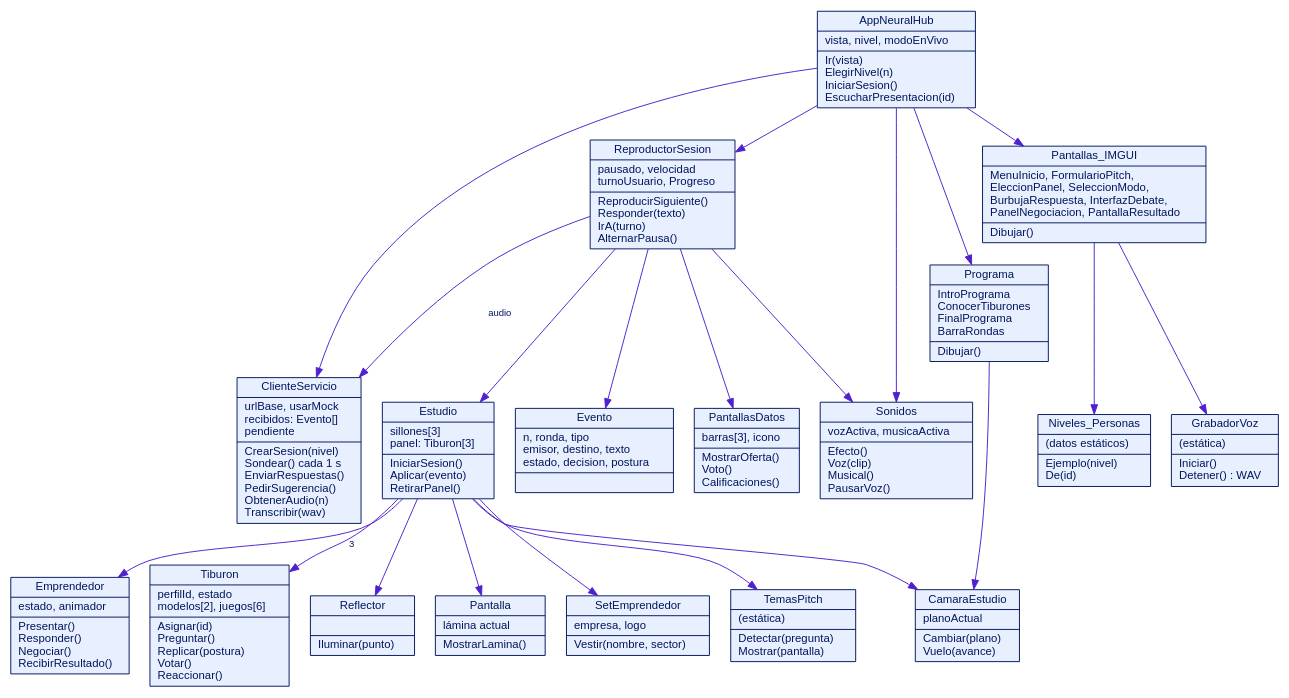
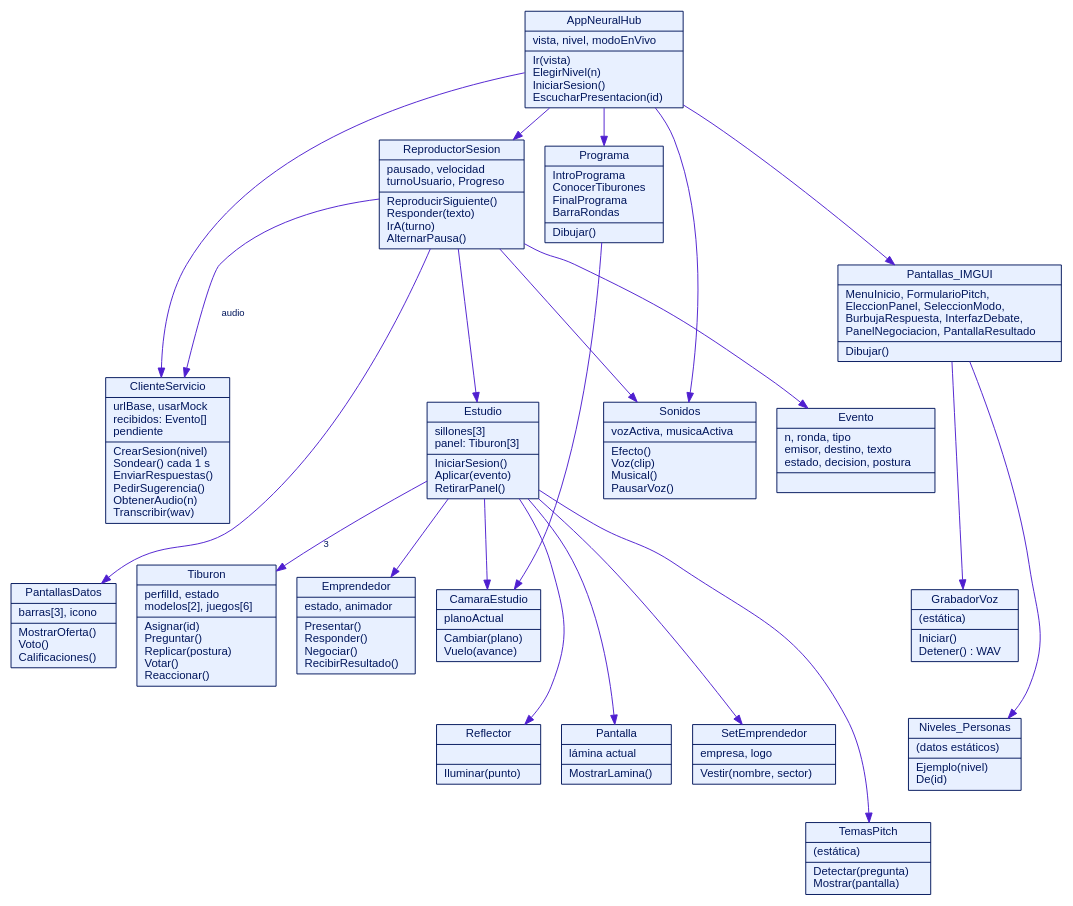
Before and after one commit to albertolopezb/NeuralHub: the diagram in docs/figuras/f05b_clases_unity.dot, drawn with Graphviz. The commit also changed 23 other files, not shown here.

```diff
--- a/docs/figuras/f05b_clases_unity.dot
+++ b/docs/figuras/f05b_clases_unity.dot
@@ -1,24 +1,25 @@
 digraph G{ bgcolor=white; fontname="Helvetica"; node[fontname="Helvetica",fontsize=12,color="#00165C",fontcolor="#00165C",shape=record,style=filled]; edge[fontname="Helvetica",fontsize=10,color="#4F1FD0",fontcolor="#00165C"]; rankdir=TB; nodesep=.3; ranksep=.45;
 AppNeuralHub[fillcolor="#E8F0FF",label="{AppNeuralHub|vista, nivel, modoEnVivo\l|Ir(vista)\lElegirNivel(n)\lIniciarSesion()\lEscucharPresentacion(id)\l}"];
 ClienteServicio[fillcolor="#E8F0FF",label="{ClienteServicio|urlBase, usarMock\lrecibidos: Evento[]\lpendiente\l|CrearSesion(nivel)\lSondear() cada 1 s\lEnviarRespuestas()\lPedirSugerencia()\lObtenerAudio(n)\lTranscribir(wav)\l}"];
 ReproductorSesion[fillcolor="#E8F0FF",label="{ReproductorSesion|pausado, velocidad\lturnoUsuario, Progreso\l|ReproducirSiguiente()\lResponder(texto)\lIrA(turno)\lAlternarPausa()\l}"];
 Estudio[fillcolor="#E8F0FF",label="{Estudio|sillones[3]\lpanel: Tiburon[3]\l|IniciarSesion()\lAplicar(evento)\lRetirarPanel()\l}"];
 Tiburon[fillcolor="#E8F0FF",label="{Tiburon|perfilId, estado\lmodelos[2], juegos[6]\l|Asignar(id)\lPreguntar()\lReplicar(postura)\lVotar()\lReaccionar()\l}"];
 Emprendedor[fillcolor="#E8F0FF",label="{Emprendedor|estado, animador\l|Presentar()\lResponder()\lNegociar()\lRecibirResultado()\l}"];
 CamaraEstudio[fillcolor="#E8F0FF",label="{CamaraEstudio|planoActual\l|Cambiar(plano)\lVuelo(avance)\l}"];
 Reflector[fillcolor="#E8F0FF",label="{Reflector||Iluminar(punto)\l}"];
 Pantalla[fillcolor="#E8F0FF",label="{Pantalla|lámina actual\l|MostrarLamina()\l}"];
 PantallasDatos[fillcolor="#E8F0FF",label="{PantallasDatos|barras[3], icono\l|MostrarOferta()\lVoto()\lCalificaciones()\l}"];
 SetEmprendedor[fillcolor="#E8F0FF",label="{SetEmprendedor|empresa, logo\l|Vestir(nombre, sector)\l}"];
 Sonidos[fillcolor="#E8F0FF",label="{Sonidos|vozActiva, musicaActiva\l|Efecto()\lVoz(clip)\lMusical()\lPausarVoz()\l}"];
 TemasPitch[fillcolor="#E8F0FF",label="{TemasPitch|(estática)\l|Detectar(pregunta)\lMostrar(pantalla)\l}"];
 Niveles_Personas[fillcolor="#E8F0FF",label="{Niveles_Personas|(datos estáticos)\l|Ejemplo(nivel)\lDe(id)\l}"];
 GrabadorVoz[fillcolor="#E8F0FF",label="{GrabadorVoz|(estática)\l|Iniciar()\lDetener() : WAV\l}"];
 Evento[fillcolor="#E8F0FF",label="{Evento|n, ronda, tipo\lemisor, destino, texto\lestado, decision, postura\l|}"];
 Programa[fillcolor="#E8F0FF",label="{Programa|IntroPrograma\lConocerTiburones\lFinalPrograma\lBarraRondas\l|Dibujar()\l}"];
 Pantallas_IMGUI[fillcolor="#E8F0FF",label="{Pantallas_IMGUI|MenuInicio, FormularioPitch,\lEleccionPanel, SeleccionModo,\lBurbujaRespuesta, InterfazDebate,\lPanelNegociacion, PantallaResultado\l|Dibujar()\l}"];
 AppNeuralHub->ClienteServicio; AppNeuralHub->ReproductorSesion; AppNeuralHub->Pantallas_IMGUI; AppNeuralHub->Programa; AppNeuralHub->Sonidos;
 ReproductorSesion->Estudio; ReproductorSesion->PantallasDatos; ReproductorSesion->Sonidos; ReproductorSesion->Evento; ReproductorSesion->ClienteServicio[label="audio"];
-Estudio->Tiburon[label="3"]; Estudio->Emprendedor; Estudio->CamaraEstudio; Estudio->Reflector; Estudio->Pantalla; Estudio->SetEmprendedor; Estudio->TemasPitch;
-Pantallas_IMGUI->GrabadorVoz; Pantallas_IMGUI->Niveles_Personas; Programa->CamaraEstudio;
+Estudio->Tiburon[label="3"]; Estudio->Emprendedor; Estudio->CamaraEstudio; Estudio->Reflector[minlen=2]; Estudio->Pantalla[minlen=2]; Estudio->SetEmprendedor[minlen=2]; Estudio->TemasPitch[minlen=3];
+ClienteServicio->PantallasDatos[style=invis]; Evento->GrabadorVoz[style=invis]; GrabadorVoz->Niveles_Personas[style=invis];
+Pantallas_IMGUI->GrabadorVoz; Pantallas_IMGUI->Niveles_Personas[constraint=false]; Programa->CamaraEstudio[constraint=false];
 }
```
